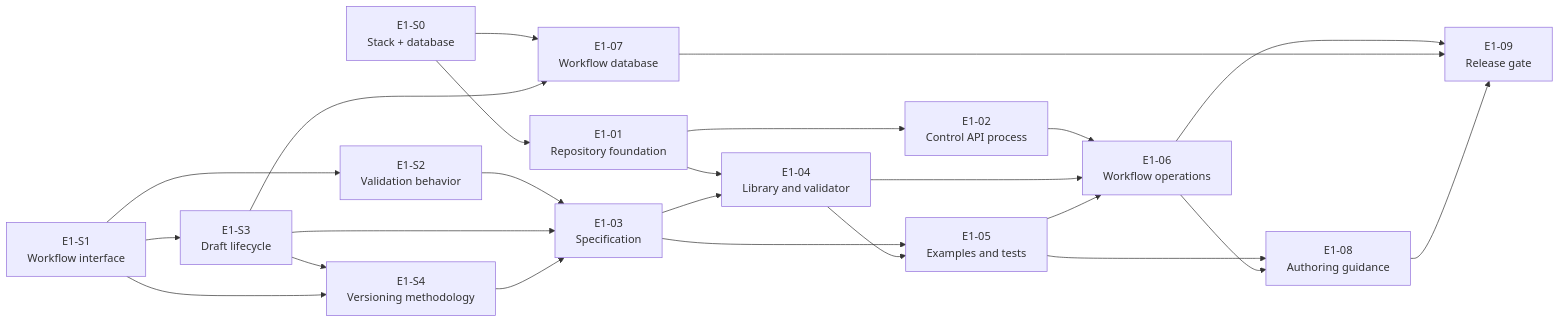
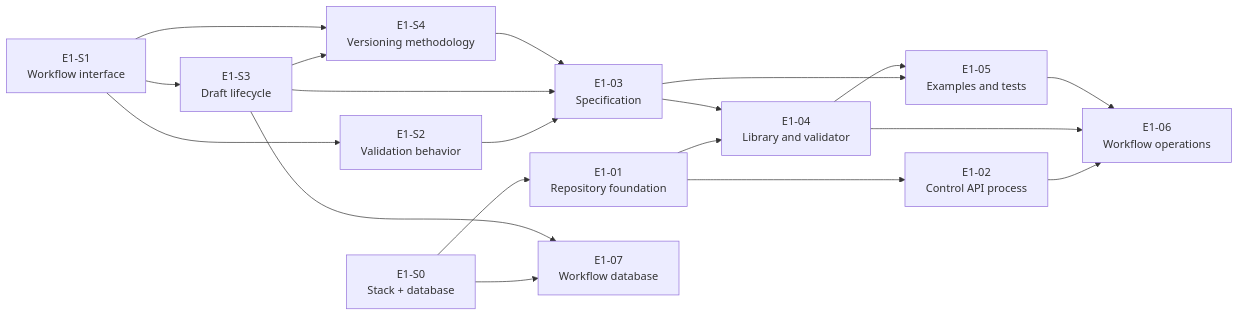
One commit to RostrumAI/rostrum changed the second of 2 diagrams in docs/epics/epic-01-shape-of-a-workflow.md. Above: the diagram before and after it, drawn with Mermaid. The commit also changed other lines of this file and 6 other files, not shown here.

````diff
--- a/docs/epics/epic-01-shape-of-a-workflow.md
+++ b/docs/epics/epic-01-shape-of-a-workflow.md
@@ -153,26 +153,21 @@
 ```mermaid
 flowchart LR
     S0["E1-S0<br/>Stack + database"] --> E01["E1-01<br/>Repository foundation"]
     S1["E1-S1<br/>Workflow interface"] --> S2["E1-S2<br/>Validation behavior"]
     S1 --> S3["E1-S3<br/>Draft lifecycle"]
     S3 --> S4["E1-S4<br/>Versioning methodology"]
     S1 --> S4
     S2 --> E03["E1-03<br/>Specification"]
     S3 --> E03
     S4 --> E03
     E01 --> E02["E1-02<br/>Control API process"]
     E01 --> E04["E1-04<br/>Library and validator"]
     E03 --> E04
     E03 --> E05["E1-05<br/>Examples and tests"]
     E04 --> E05
     E02 --> E06["E1-06<br/>Workflow operations"]
     E04 --> E06
     E05 --> E06
     S0 --> E07["E1-07<br/>Workflow database"]
     S3 --> E07
-    E05 --> E08["E1-08<br/>Authoring guidance"]
-    E06 --> E08
-    E06 --> E09["E1-09<br/>Release gate"]
-    E07 --> E09
-    E08 --> E09
 ```
````
